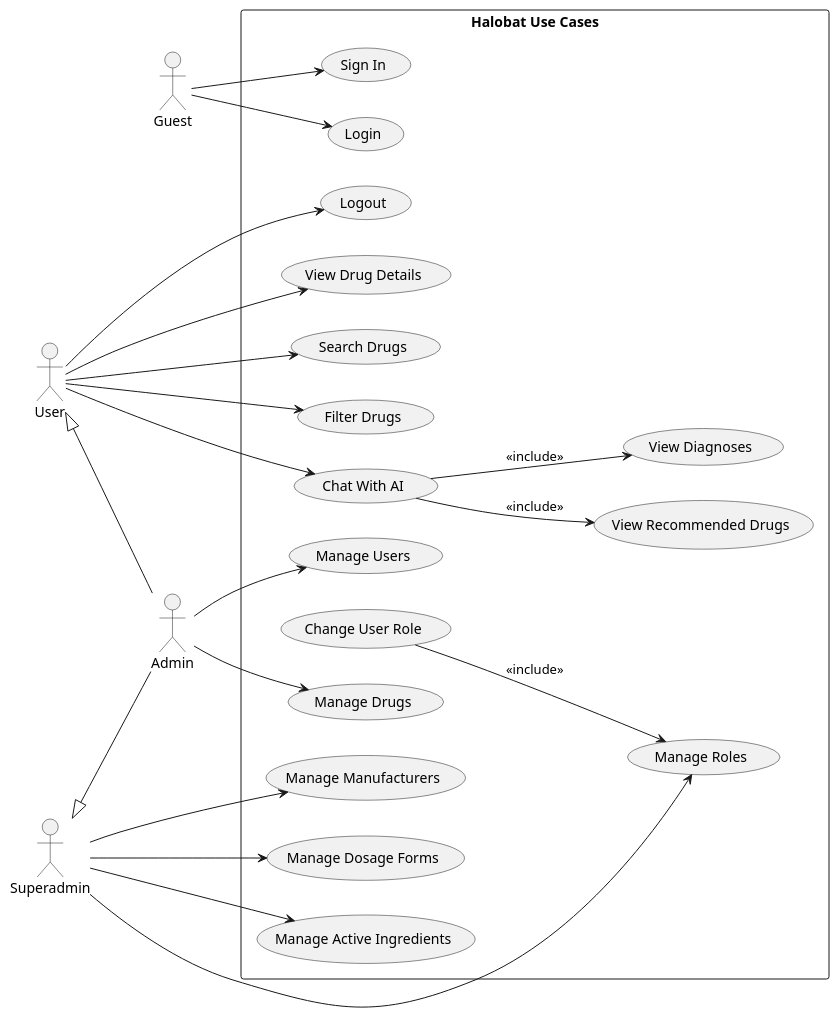
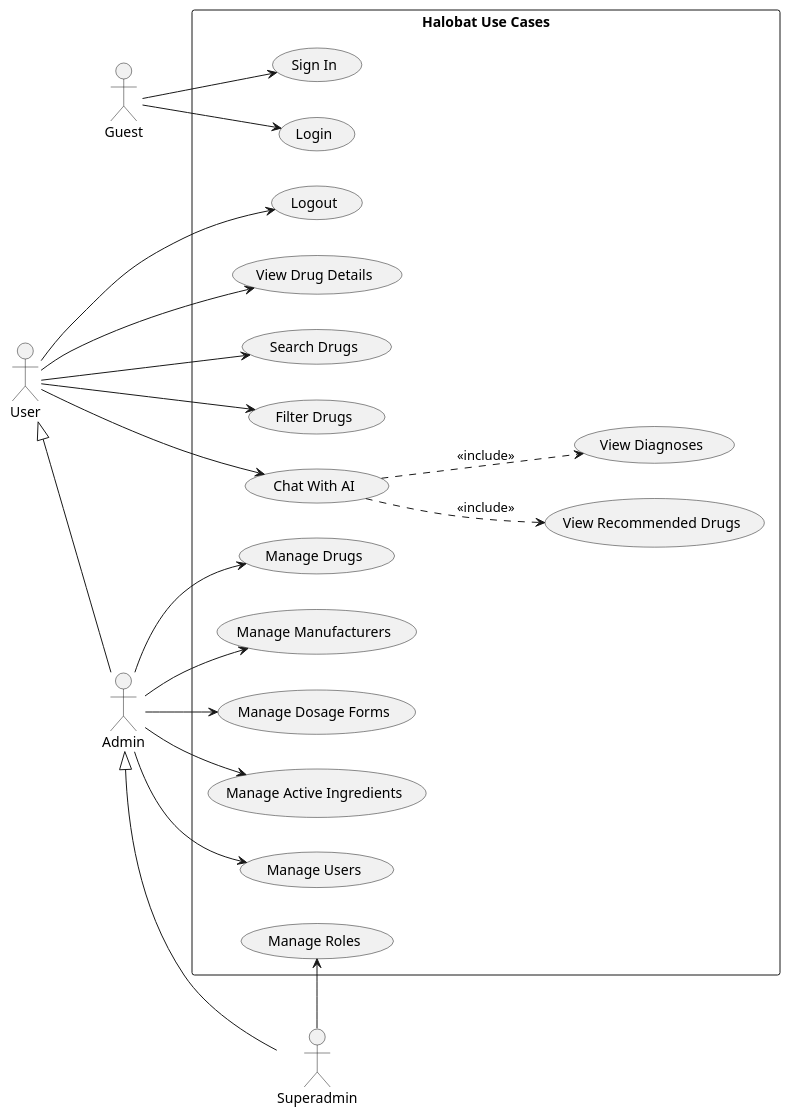
One commit to Aliefhasyani/Halobat changed the diagram in Documents/Diagrams/Use Case/halobat-usecase.wsd. Above: the diagram before and after it, drawn with PlantUML. The commit also changed 2 other files, not shown here.

Commit message:
WIP: Sequence and Usecase changed

```diff
--- a/Documents/Diagrams/Use Case/halobat-usecase.wsd
+++ b/Documents/Diagrams/Use Case/halobat-usecase.wsd
@@ -1,64 +1,60 @@
 @startuml Halobat System Use Case
 left to right direction
 
 actor Guest
 actor User
 actor Admin
 actor Superadmin
 
-Superadmin <|-- Admin
 User <|-- Admin
+Admin <|-- Superadmin
 
 rectangle "Halobat Use Cases" {
     ' Authentication
     usecase "Sign In" as AUTH1
     usecase "Login" as AUTH2
     usecase "Logout" as AUTH3
-    
+
     ' Drug Catalog
     usecase "View Drug Details" as CAT1
     usecase "Search Drugs" as CAT2
     usecase "Filter Drugs" as CAT3
     usecase "Chat With AI" as CAT4
     usecase "View Recommended Drugs" as CAT5
     usecase "View Diagnoses" as CAT6
-    
-    ' User Management
-    usecase "Manage Users" as UM1
-    usecase "Manage Roles" as UM2
-    usecase "Change User Role" as UM3
-    
+
     ' Drug Management
     usecase "Manage Drugs" as DM1
     usecase "Manage Manufacturers" as DM3
     usecase "Manage Dosage Forms" as DM4
     usecase "Manage Active Ingredients" as DM5
-    
+
+    ' User Management
+    usecase "Manage Users" as UM1
+    usecase "Manage Roles" as UM2
 }
 
 ' Authentication relationships
 Guest --> AUTH1
 Guest --> AUTH2
 User --> AUTH3
 
 ' Drug Catalog relationships
 User --> CAT1
 User --> CAT2
 User --> CAT3
 User --> CAT4
-CAT4 --> CAT5 : <<include>>
-CAT4 --> CAT6 : <<include>>
+CAT4 ..> CAT5 : <<include>>
+CAT4 ..> CAT6 : <<include>>
+
+' Drug Management relationships
+Admin --> DM1
+Admin --> DM3
+Admin --> DM4
+Admin --> DM5
 
 ' User Management relationships
 Admin --> UM1
 Superadmin --> UM2
-UM3 --> UM2 : <<include>>
-
-' Drug Management relationships
-Admin --> DM1
-Superadmin --> DM3
-Superadmin --> DM4
-Superadmin --> DM5
-
 
 @enduml
```
